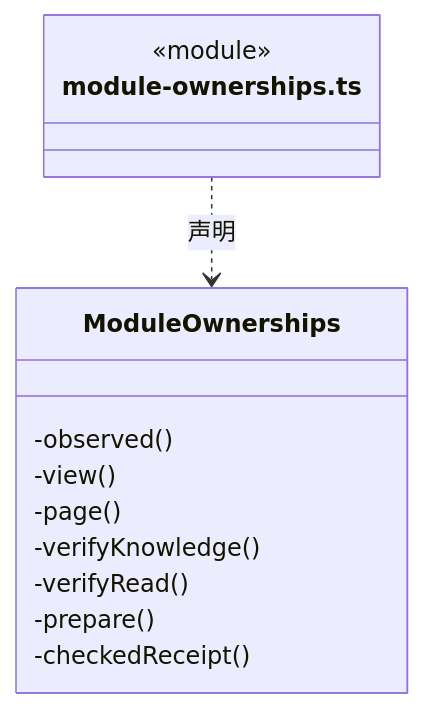
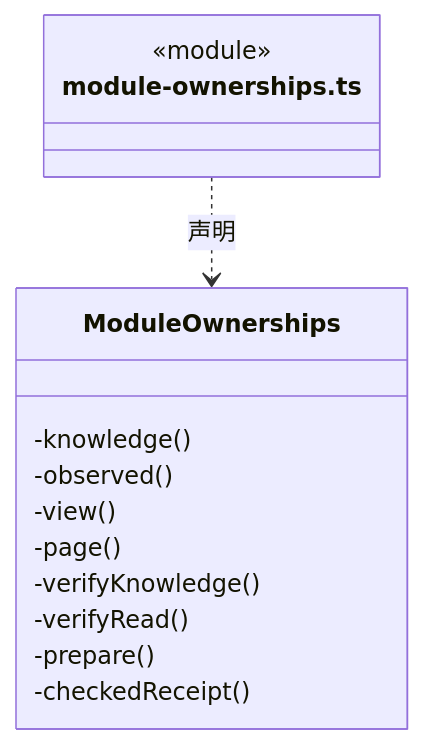
Before and after one commit to nan023062/cbim: the fifth of 12 diagrams in src/logic/workspace/service/ARCHITECTURE.md, drawn with Mermaid. The commit also changed other lines of this file and 139 other files, not shown here.

Commit message:
docs(architecture): add source reading paths and complete file inventories

````diff
--- a/src/logic/workspace/service/ARCHITECTURE.md
+++ b/src/logic/workspace/service/ARCHITECTURE.md
@@ -115,16 +121,17 @@
 ```mermaid
 classDiagram
 class N_src_logic_workspace_service_module_ownerships_ts["module-ownerships.ts"] {
   <<module>>
 }
 class N_src_logic_workspace_service_module_ownerships_ts_ModuleOwnerships["ModuleOwnerships"] {
+  -knowledge()
   -observed()
   -view()
   -page()
   -verifyKnowledge()
   -verifyRead()
   -prepare()
   -checkedReceipt()
 }
 N_src_logic_workspace_service_module_ownerships_ts ..> N_src_logic_workspace_service_module_ownerships_ts_ModuleOwnerships : 声明
 ```
````
